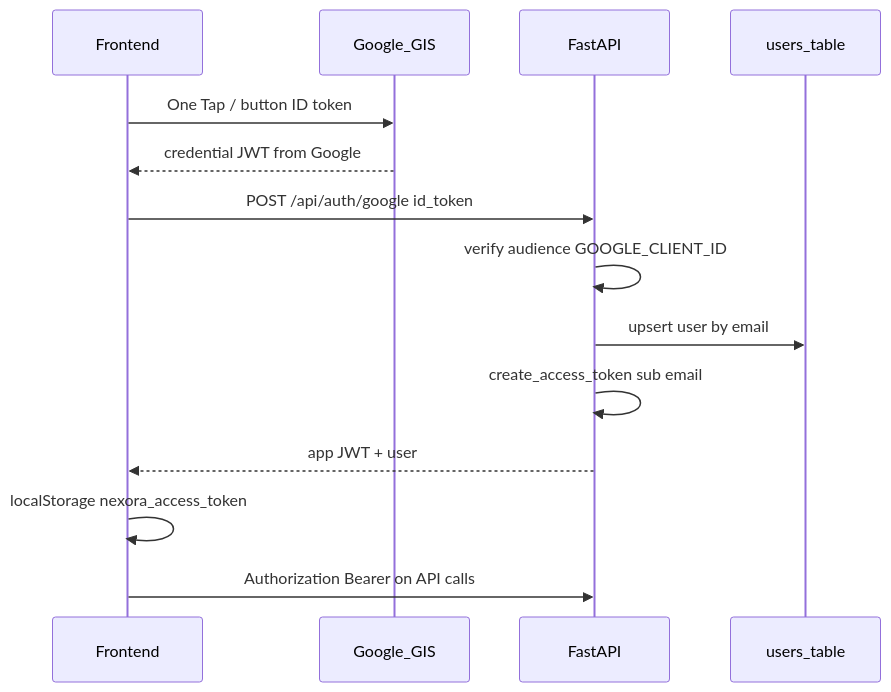
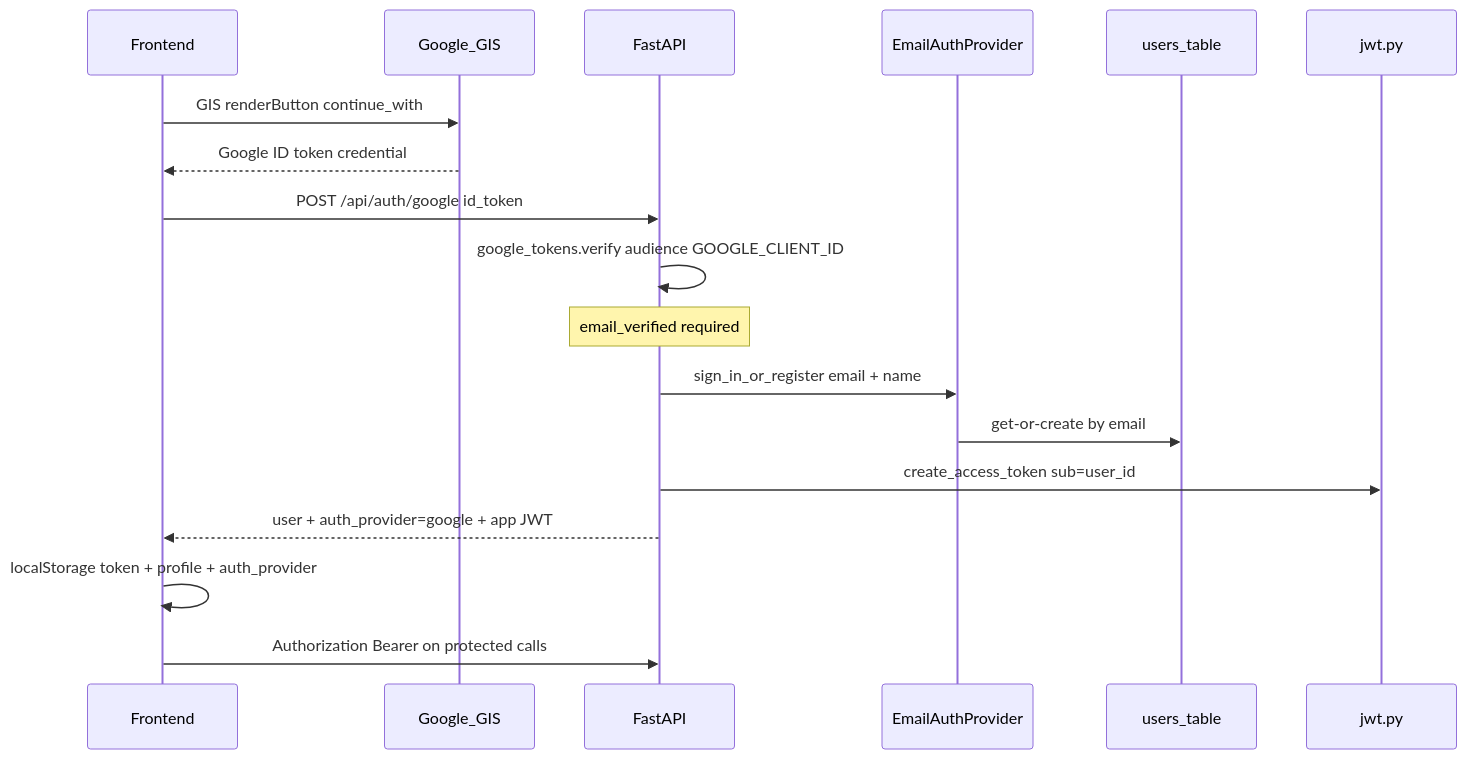
One commit to DeadPixel27/agentflow changed the sixth of 7 diagrams in docs/ARCHITECTURE.md. Above: the diagram before and after it, drawn with Mermaid. The commit also changed other lines of this file, not shown here.

First line of the commit message:
Update ARCHITECTURE.md for auth, metering, and launch posture.

````diff
--- a/docs/ARCHITECTURE.md
+++ b/docs/ARCHITECTURE.md
@@ -483,17 +507,21 @@
 ```mermaid
 sequenceDiagram
   participant FE as Frontend
   participant GIS as Google_GIS
   participant API as FastAPI
+  participant Prov as EmailAuthProvider
   participant DB as users_table
+  participant JWT as jwt.py
 
-  FE->>GIS: One Tap / button ID token
-  GIS-->>FE: credential JWT from Google
+  FE->>GIS: GIS renderButton continue_with
+  GIS-->>FE: Google ID token credential
   FE->>API: POST /api/auth/google id_token
-  API->>API: verify audience GOOGLE_CLIENT_ID
-  API->>DB: upsert user by email
-  API->>API: create_access_token sub email
-  API-->>FE: app JWT + user
-  FE->>FE: localStorage nexora_access_token
-  FE->>API: Authorization Bearer on API calls
+  API->>API: google_tokens.verify audience GOOGLE_CLIENT_ID
+  Note over API: email_verified required
+  API->>Prov: sign_in_or_register email + name
+  Prov->>DB: get-or-create by email
+  API->>JWT: create_access_token sub=user_id
+  API-->>FE: user + auth_provider=google + app JWT
+  FE->>FE: localStorage token + profile + auth_provider
+  FE->>API: Authorization Bearer on protected calls
 ```
````
